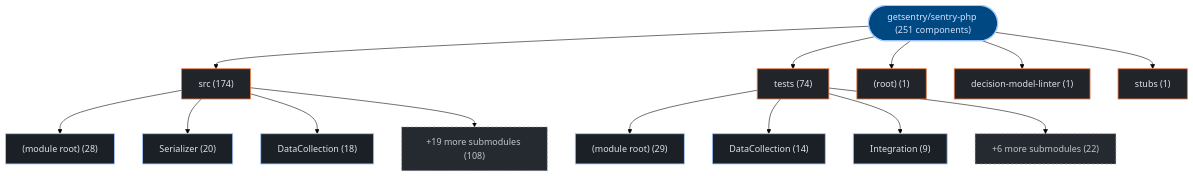
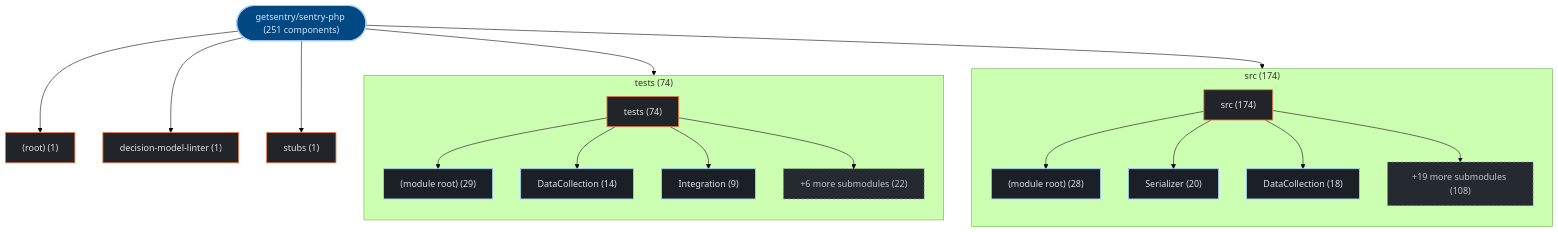
Before and after one commit to kumarshaz/atruss-code-atlas: the first of 3 diagrams in exports/latest/reports/getsentry-sentry-php-report.md, drawn with Mermaid (forest theme). The commit also changed 178 other files, not shown here.

Commit message:
feat(ui,mermaid): upgrade to mermaid v12 + ELK layout, add orgs-summary + pagination, subgraph building blocks, fix tab alignment

````diff
--- a/exports/latest/reports/getsentry-sentry-php-report.md
+++ b/exports/latest/reports/getsentry-sentry-php-report.md
@@ -42,37 +42,43 @@
 ```mermaid
 graph TD;
   classDef atlasRoot fill:#004882,stroke:#a3c9ff,stroke-width:2px,color:#d3e4ff
   classDef atlasCategory fill:#212428,stroke:#E87A48,stroke-width:1.5px,color:#dfe3eb
   classDef atlasWorkflow fill:#1b2026,stroke:#a3c9ff,stroke-width:1.5px,color:#dfe3eb
   classDef atlasJob fill:#171c22,stroke:#8d9199,stroke-width:1px,color:#dfe3eb
   classDef atlasTarget fill:#005227,stroke:#8bd99b,stroke-width:1.5px,color:#a7f6b6
   classDef atlasAlert fill:#93000a,stroke:#ffb4ab,stroke-width:1.5px,color:#ffdad6
   classDef atlasMore fill:#252a31,stroke:#8d9199,stroke-dasharray:4 4,color:#c3c6cf
     repo_root(["getsentry/sentry-php (251 components)"]):::atlasRoot
-    dir_0_src["src (174)"]:::atlasCategory
+    subgraph sg_dir_0_src["src (174)"]
+      direction TB
+      dir_0_src["src (174)"]:::atlasCategory
+      sub_0_0__module_root_["(module root) (28)"]:::atlasWorkflow
+      dir_0_src --> sub_0_0__module_root_
+      sub_0_1_Serializer["Serializer (20)"]:::atlasWorkflow
+      dir_0_src --> sub_0_1_Serializer
+      sub_0_2_DataCollection["DataCollection (18)"]:::atlasWorkflow
+      dir_0_src --> sub_0_2_DataCollection
+      sub_0_more["+19 more submodules (108)"]:::atlasMore
+      dir_0_src --> sub_0_more
+    end
     repo_root --> dir_0_src
-    sub_0_0__module_root_["(module root) (28)"]:::atlasWorkflow
-    dir_0_src --> sub_0_0__module_root_
-    sub_0_1_Serializer["Serializer (20)"]:::atlasWorkflow
-    dir_0_src --> sub_0_1_Serializer
-    sub_0_2_DataCollection["DataCollection (18)"]:::atlasWorkflow
-    dir_0_src --> sub_0_2_DataCollection
-    sub_0_more["+19 more submodules (108)"]:::atlasMore
-    dir_0_src --> sub_0_more
-    dir_1_tests["tests (74)"]:::atlasCategory
+    subgraph sg_dir_1_tests["tests (74)"]
+      direction TB
+      dir_1_tests["tests (74)"]:::atlasCategory
+      sub_1_0__module_root_["(module root) (29)"]:::atlasWorkflow
+      dir_1_tests --> sub_1_0__module_root_
+      sub_1_1_DataCollection["DataCollection (14)"]:::atlasWorkflow
+      dir_1_tests --> sub_1_1_DataCollection
+      sub_1_2_Integration["Integration (9)"]:::atlasWorkflow
+      dir_1_tests --> sub_1_2_Integration
+      sub_1_more["+6 more submodules (22)"]:::atlasMore
+      dir_1_tests --> sub_1_more
+    end
     repo_root --> dir_1_tests
-    sub_1_0__module_root_["(module root) (29)"]:::atlasWorkflow
-    dir_1_tests --> sub_1_0__module_root_
-    sub_1_1_DataCollection["DataCollection (14)"]:::atlasWorkflow
-    dir_1_tests --> sub_1_1_DataCollection
-    sub_1_2_Integration["Integration (9)"]:::atlasWorkflow
-    dir_1_tests --> sub_1_2_Integration
-    sub_1_more["+6 more submodules (22)"]:::atlasMore
-    dir_1_tests --> sub_1_more
     dir_2__root_["(root) (1)"]:::atlasCategory
     repo_root --> dir_2__root_
     dir_3_decision_model_linter["decision-model-linter (1)"]:::atlasCategory
     repo_root --> dir_3_decision_model_linter
     dir_4_stubs["stubs (1)"]:::atlasCategory
     repo_root --> dir_4_stubs
 ```
````
